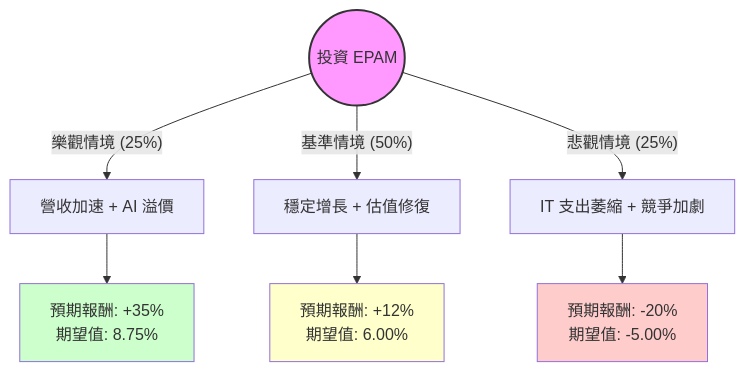
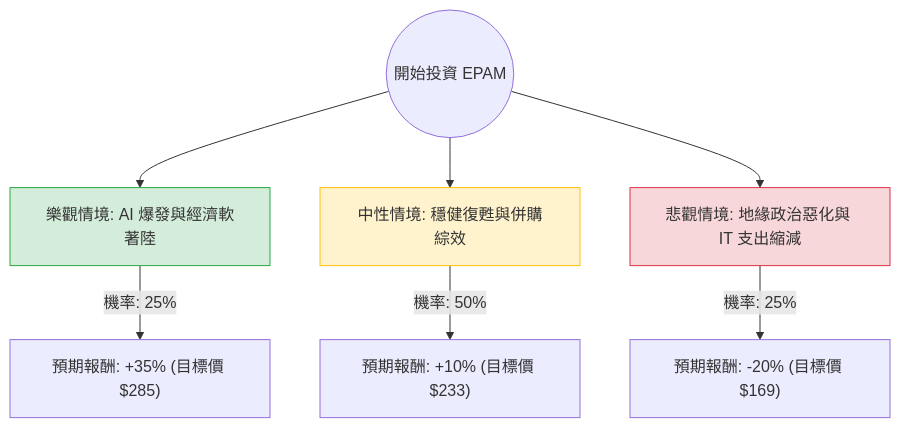
Before and after one commit to zmcx16/zmcx16.github.io: the diagram in plugin-react/ai-analysis/ev-analysis/EPAM.md, drawn with Mermaid. The commit also changed other lines of this file and 81 other files, not shown here.

````diff
--- a/plugin-react/ai-analysis/ev-analysis/EPAM.md
+++ b/plugin-react/ai-analysis/ev-analysis/EPAM.md
@@ -19,15 +19,14 @@
 ```mermaid
 graph TD
-    Start((投資 EPAM)) -- 樂觀情境 (25%) --> Bull[營收加速 + AI 溢價]
-    Start -- 基準情境 (50%) --> Base[穩定增長 + 估值修復]
-    Start -- 悲觀情境 (25%) --> Bear[IT 支出萎縮 + 競爭加劇]
+    Start((開始投資 EPAM)) --> Bull[樂觀情境: AI 爆發與經濟軟著陸]
+    Start --> Base[中性情境: 穩健復甦與併購綜效]
+    Start --> Bear[悲觀情境: 地緣政治惡化與 IT 支出縮減]
 
-    Bull --> BullEV[預期報酬: +35% <br> 期望值: 8.75%]
-    Base --> BaseEV[預期報酬: +12% <br> 期望值: 6.00%]
-    Bear --> BearEV[預期報酬: -20% <br> 期望值: -5.00%]
+    Bull -- "機率: 25%" --> BullVal["預期報酬: +35% (目標價 $285)"]
+    Base -- "機率: 50%" --> BaseVal["預期報酬: +10% (目標價 $233)"]
+    Bear -- "機率: 25%" --> BearVal["預期報酬: -20% (目標價 $169)"]
 
-    style Start fill:#f9f,stroke:#333,stroke-width:2px
-    style BullEV fill:#ccffcc
-    style BaseEV fill:#ffffcc
-    style BearEV fill:#ffcccc
+    style Bull fill:#d4edda,stroke:#28a745
+    style Base fill:#fff3cd,stroke:#ffc107
+    style Bear fill:#f8d7da,stroke:#dc3545
 ```
````
